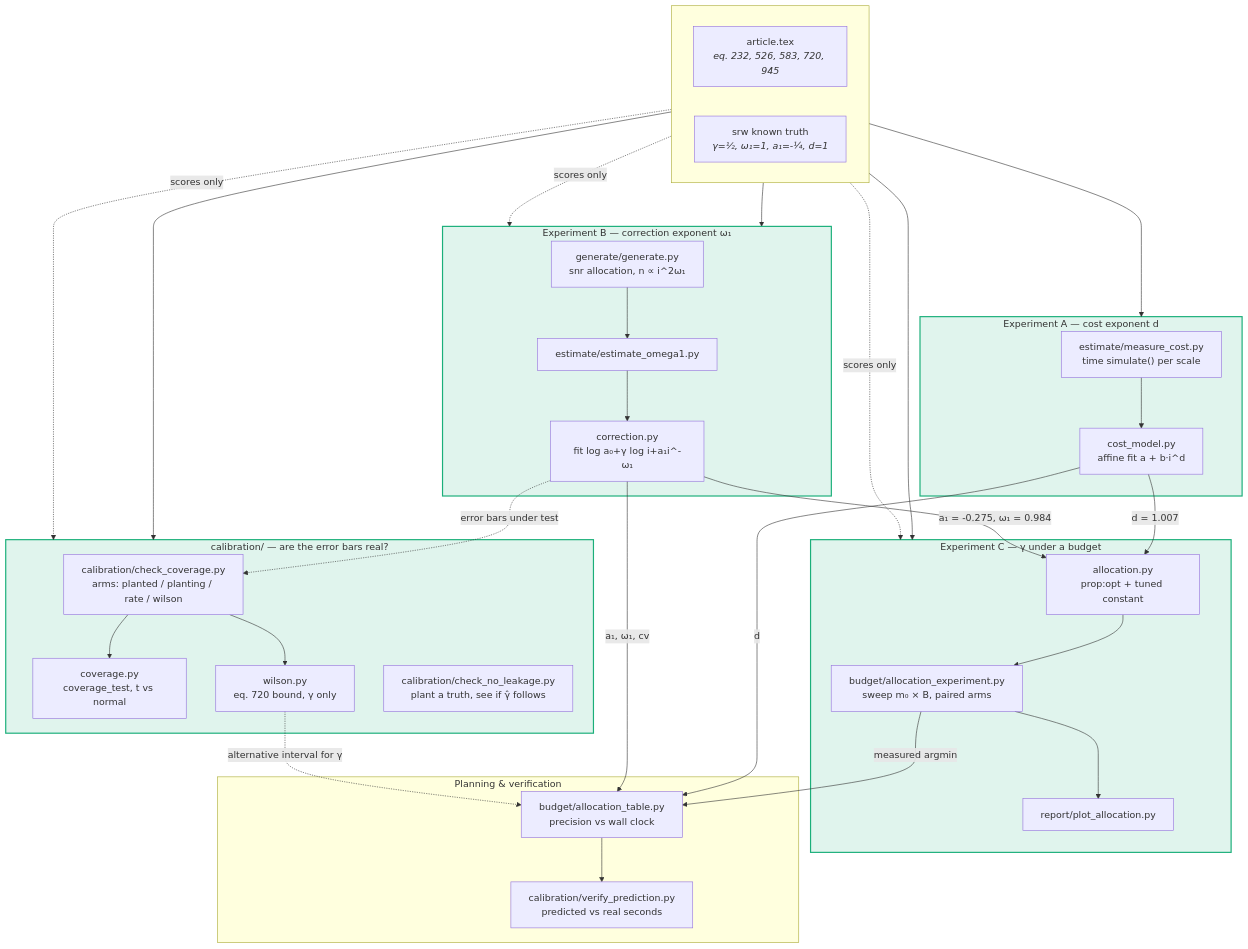
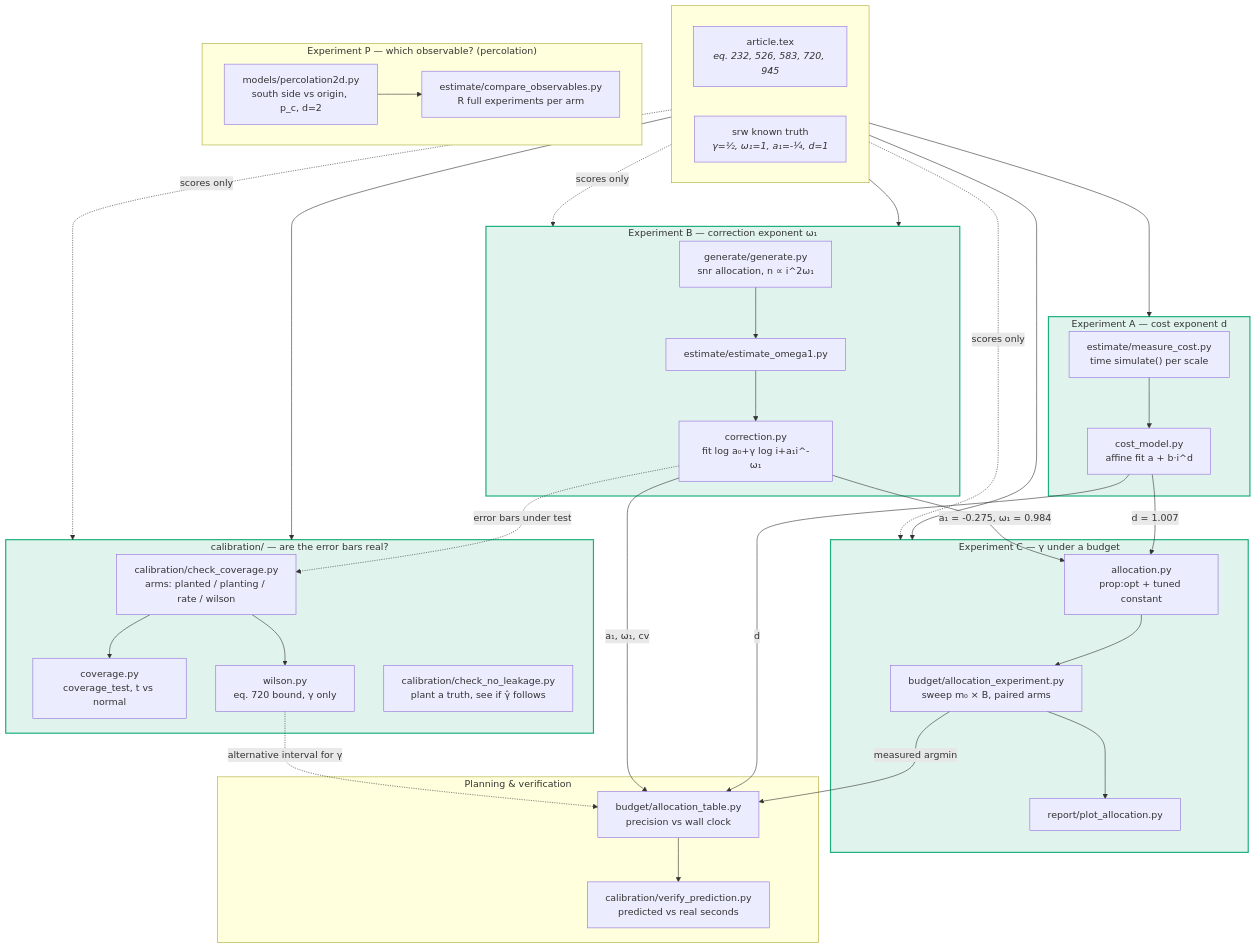
The diagram in CATALOG.md (IgorSSBarbosa/loglog_validation), drawn with Mermaid before and after one commit. The commit also changed other lines of this file and 19 other files, not shown here.

````diff
--- a/CATALOG.md
+++ b/CATALOG.md
@@ -19,58 +19,64 @@
 ```mermaid
 flowchart TB
     subgraph inputs[" "]
         direction LR
         ART["article.tex<br/><i>eq. 232, 526, 583, 720, 945</i>"]
         TRUTH["srw known truth<br/><i>γ=½, ω₁=1, a₁=-¼, d=1</i>"]
     end
 
     subgraph expA["Experiment A — cost exponent d"]
         MC["estimate/measure_cost.py<br/>time simulate() per scale"]
         CM["cost_model.py<br/>affine fit a + b·i^d"]
         MC --> CM
     end
 
     subgraph expB["Experiment B — correction exponent ω₁"]
         GEN["generate/generate.py<br/>snr allocation, n ∝ i^2ω₁"]
         EO["estimate/estimate_omega1.py"]
         CORR["correction.py<br/>fit log a₀+γ log i+a₁i^-ω₁"]
         GEN --> EO --> CORR
     end
 
     subgraph expC["Experiment C — γ under a budget"]
         AE["budget/allocation_experiment.py<br/>sweep m₀ × B, paired arms"]
         ALLOC["allocation.py<br/>prop:opt + tuned constant"]
         PA["report/plot_allocation.py"]
         ALLOC --> AE --> PA
+    end
+
+    subgraph expP["Experiment P — which observable? (percolation)"]
+        CO["estimate/compare_observables.py<br/>R full experiments per arm"]
+        P2D["models/percolation2d.py<br/>south side vs origin, p_c, d=2"]
+        P2D --> CO
     end
 
     subgraph check["calibration/ — are the error bars real?"]
         CC["calibration/check_coverage.py<br/>arms: planted / planting / rate / wilson"]
         COV["coverage.py<br/>coverage_test, t vs normal"]
         WIL["wilson.py<br/>eq. 720 bound, γ only"]
         NL["calibration/check_no_leakage.py<br/>plant a truth, see if γ̂ follows"]
         CC --> COV
         CC --> WIL
     end
 
     subgraph plan["Planning & verification"]
         AT["budget/allocation_table.py<br/>precision vs wall clock"]
         VP["calibration/verify_prediction.py<br/>predicted vs real seconds"]
     end
 
     ART --> expA & expB & expC & check
     TRUTH -.scores only.-> expB & expC & check
 
     CM -- "d = 1.007" --> ALLOC
     CM -- d --> AT
     CORR -- "a₁ = -0.275, ω₁ = 0.984" --> ALLOC
     CORR -- a₁, ω₁, cv --> AT
     AE -- measured argmin --> AT
     AT --> VP
     CORR -.error bars under test.-> CC
     WIL -.alternative interval for γ.-> AT
 
     classDef done fill:#1baf7a22,stroke:#1baf7a,stroke-width:2px
     classDef todo fill:#eb683422,stroke:#eb6834,stroke-width:2px,stroke-dasharray:4 3
     class expA,expB,expC,check done
 ```
````
